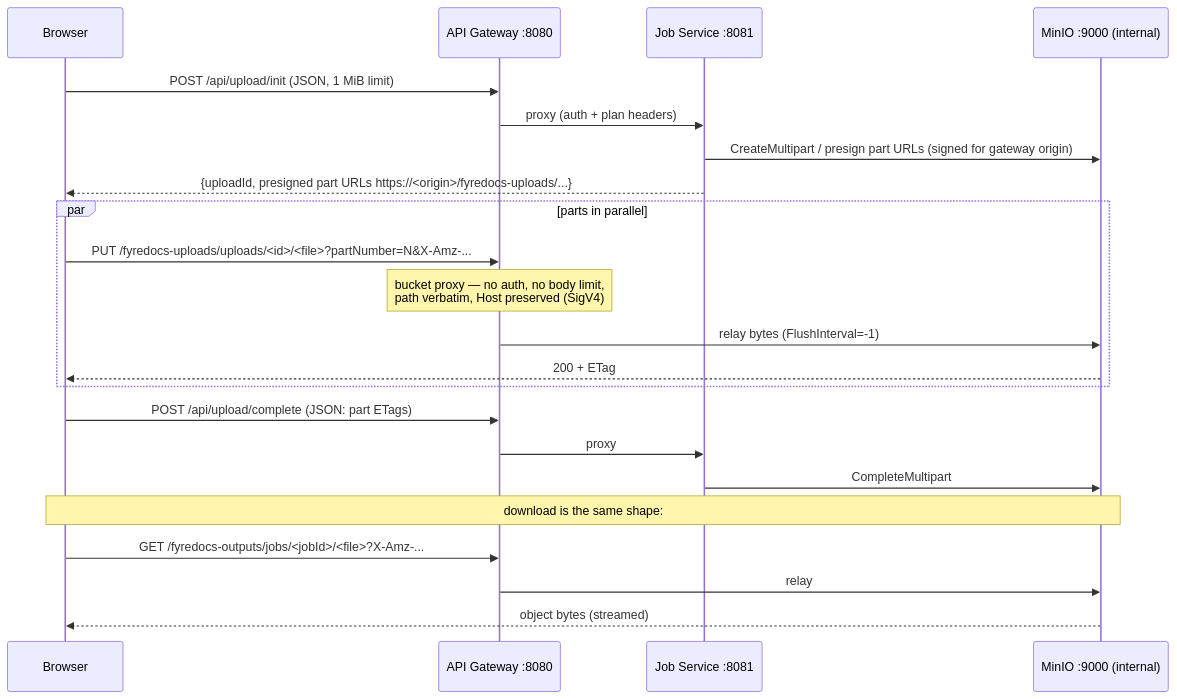
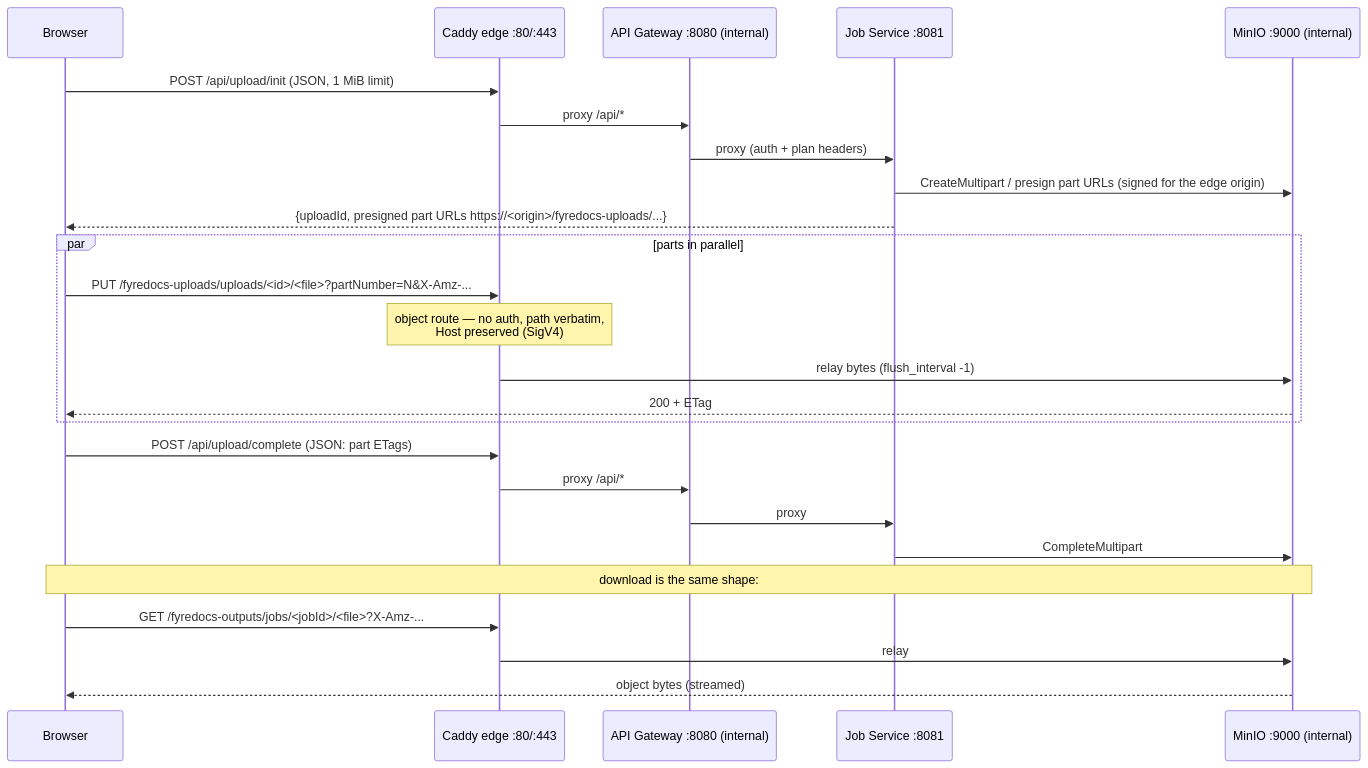
The fourth of 5 diagrams in docs/developer/services/API_GATEWAY.md (Prachidubey2003/fyredocs_backend), drawn with Mermaid before and after one commit. The commit also changed other lines of this file and 130 other files, not shown here.

````diff
--- a/docs/developer/services/API_GATEWAY.md
+++ b/docs/developer/services/API_GATEWAY.md
@@ -561,28 +545,31 @@
 ```mermaid
 sequenceDiagram
     participant B as Browser
-    participant GW as API Gateway :8080
+    participant CY as Caddy edge :80/:443
+    participant GW as API Gateway :8080 (internal)
     participant JS as Job Service :8081
     participant M as MinIO :9000 (internal)
 
-    B->>GW: POST /api/upload/init (JSON, 1 MiB limit)
+    B->>CY: POST /api/upload/init (JSON, 1 MiB limit)
+    CY->>GW: proxy /api/*
     GW->>JS: proxy (auth + plan headers)
-    JS->>M: CreateMultipart / presign part URLs (signed for gateway origin)
+    JS->>M: CreateMultipart / presign part URLs (signed for the edge origin)
     JS-->>B: {uploadId, presigned part URLs https://<origin>/fyredocs-uploads/...}
 
     par parts in parallel
-        B->>GW: PUT /fyredocs-uploads/uploads/<id>/<file>?partNumber=N&X-Amz-...
-        Note over GW: bucket proxy — no auth, no body limit,<br/>path verbatim, Host preserved (SigV4)
-        GW->>M: relay bytes (FlushInterval=-1)
+        B->>CY: PUT /fyredocs-uploads/uploads/<id>/<file>?partNumber=N&X-Amz-...
+        Note over CY: object route — no auth, path verbatim,<br/>Host preserved (SigV4)
+        CY->>M: relay bytes (flush_interval -1)
         M-->>B: 200 + ETag
     end
 
-    B->>GW: POST /api/upload/complete (JSON: part ETags)
+    B->>CY: POST /api/upload/complete (JSON: part ETags)
+    CY->>GW: proxy /api/*
     GW->>JS: proxy
     JS->>M: CompleteMultipart
 
     Note over B,M: download is the same shape:
-    B->>GW: GET /fyredocs-outputs/jobs/<jobId>/<file>?X-Amz-...
-    GW->>M: relay
+    B->>CY: GET /fyredocs-outputs/jobs/<jobId>/<file>?X-Amz-...
+    CY->>M: relay
     M-->>B: object bytes (streamed)
 ```
````
